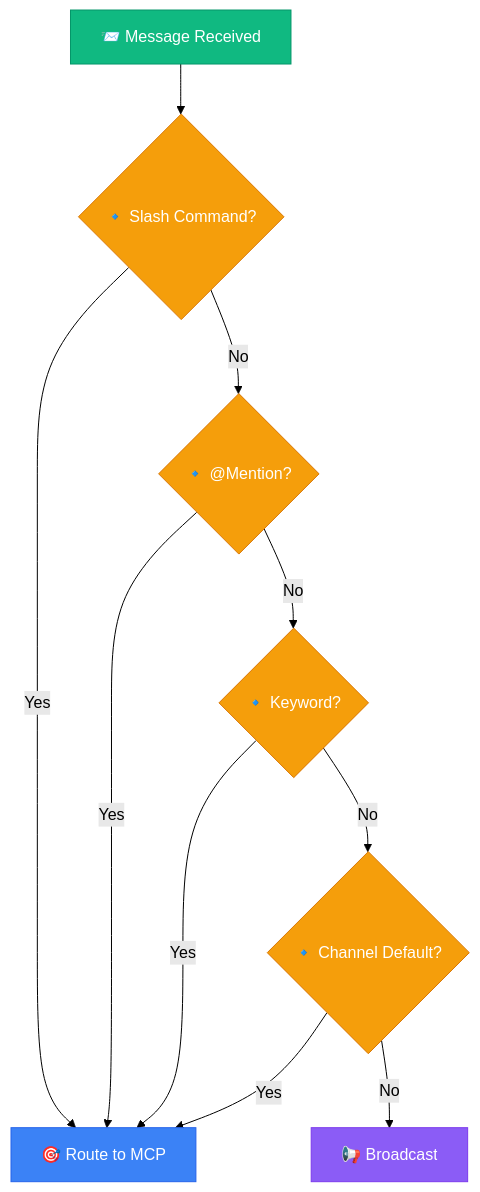
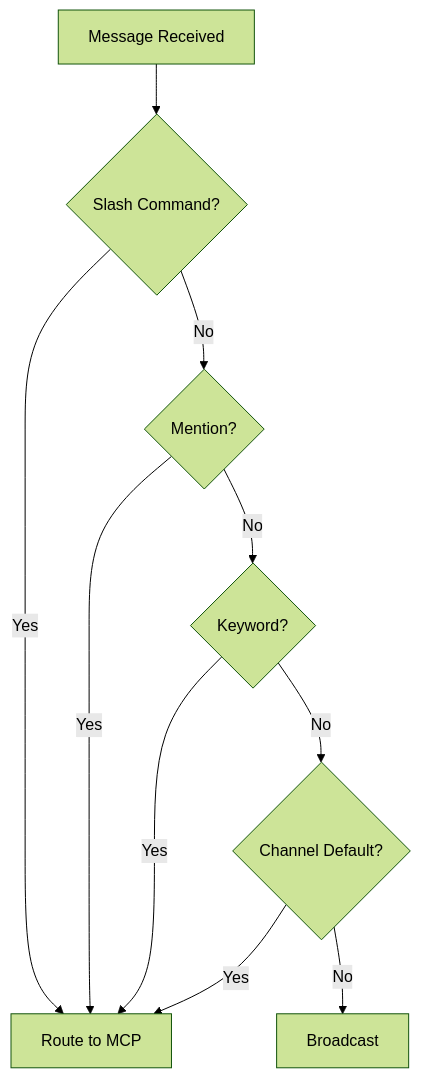
Before and after one commit to yarang/blogs: the diagram in content/en/post/2026-03-01-012-discord-mcp-selection-strategy.md, drawn with Mermaid (forest theme). The commit also changed 3 other files, not shown here.

First line of the commit message:
Simplify Mermaid diagrams for web compatibility

````diff
--- a/content/en/post/2026-03-01-012-discord-mcp-selection-strategy.md
+++ b/content/en/post/2026-03-01-012-discord-mcp-selection-strategy.md
@@ -84,18 +84,12 @@
 ```mermaid
 flowchart TD
-    %% Style definitions
-    classDef start fill:#10B981,stroke:#059669,color:#fff
-    classDef decision fill:#F59E0B,stroke:#D97706,color:#fff
-    classDef action fill:#3B82F6,stroke:#2563EB,color:#fff
-    classDef broadcast fill:#8B5CF6,stroke:#7C3AED,color:#fff
-
-    A[📨 Message Received]:::start --> B{🔹 Slash Command?}:::decision
-    B -->|Yes| C[🎯 Route to MCP]:::action
-    B -->|No| D{🔹 @Mention?}:::decision
+    A[Message Received] --> B{Slash Command?}
+    B -->|Yes| C[Route to MCP]
+    B -->|No| D{Mention?}
     D -->|Yes| C
-    D -->|No| E{🔹 Keyword?}:::decision
+    D -->|No| E{Keyword?}
     E -->|Yes| C
-    E -->|No| F{🔹 Channel Default?}:::decision
+    E -->|No| F{Channel Default?}
     F -->|Yes| C
-    F -->|No| G[📢 Broadcast]:::broadcast
+    F -->|No| G[Broadcast]
 ```
````
